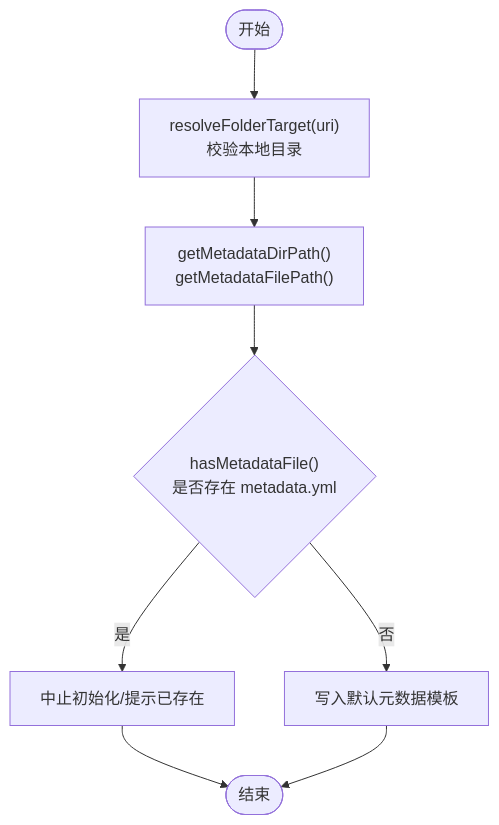
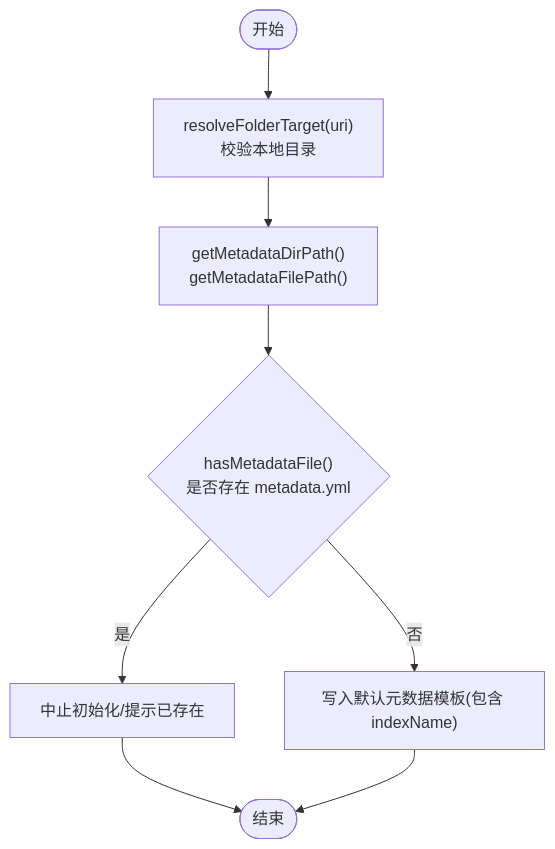
The fourth of 10 diagrams in .qoder/repowiki/zh/content/技术架构详解/EPUB 构建系统/元数据管理系统.md (someok/vscode-folder2epub), drawn with Mermaid before and after one commit. The commit also changed other lines of this file and 4 other files, not shown here.

````diff
--- a/.qoder/repowiki/zh/content/技术架构详解/EPUB 构建系统/元数据管理系统.md
+++ b/.qoder/repowiki/zh/content/技术架构详解/EPUB 构建系统/元数据管理系统.md
@@ -209,10 +242,10 @@
 ```mermaid
 flowchart TD
 Start(["开始"]) --> Resolve["resolveFolderTarget(uri)<br/>校验本地目录"]
 Resolve --> PathCalc["getMetadataDirPath()<br/>getMetadataFilePath()"]
 PathCalc --> Exists{"hasMetadataFile()<br/>是否存在 metadata.yml"}
 Exists --> |是| Abort["中止初始化/提示已存在"]
-Exists --> |否| Write["写入默认元数据模板"]
+Exists --> |否| Write["写入默认元数据模板(包含 indexName)"]
 Abort --> End(["结束"])
 Write --> End
 ```
````
